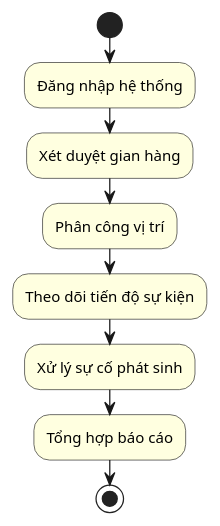
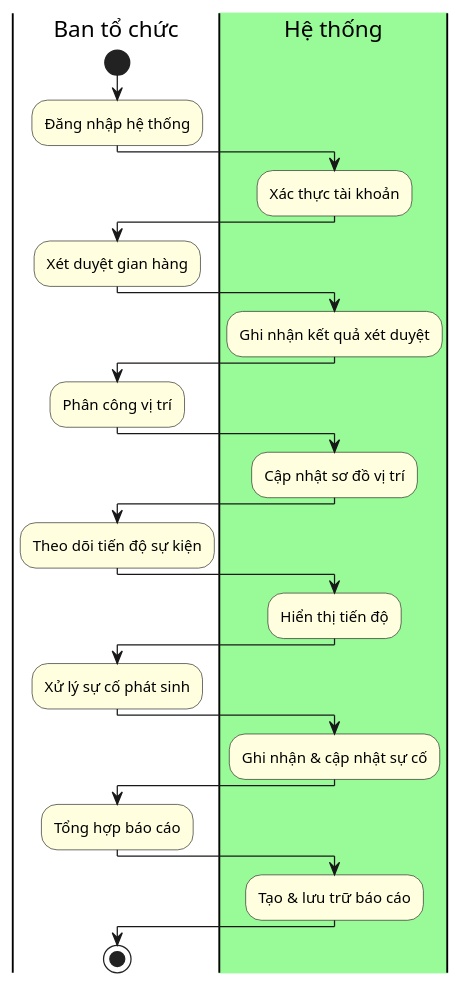
Before and after one commit to DavidSatoh/CNPM-school-food-festivals: diagram 13 of 14 in README.md, drawn with PlantUML. The commit also changed other lines of this file, not shown here.

````diff
--- a/README.md
+++ b/README.md
@@ -611,18 +660,35 @@
 ```plantuml
-@startuml "Quy trình của Ban tổ chức"
-
+@startuml
 skinparam activity {
     BackgroundColor LightYellow
 }
 
 |Ban tổ chức|
 start
 :Đăng nhập hệ thống;
+|#palegreen|Hệ thống|
+:Xác thực tài khoản;
+|Ban tổ chức|
 :Xét duyệt gian hàng;
+|Hệ thống|
+:Ghi nhận kết quả xét duyệt;
+|Ban tổ chức|
 :Phân công vị trí;
+|Hệ thống|
+:Cập nhật sơ đồ vị trí;
+|Ban tổ chức|
 :Theo dõi tiến độ sự kiện;
+|Hệ thống|
+:Hiển thị tiến độ;
+|Ban tổ chức|
 :Xử lý sự cố phát sinh;
+|Hệ thống|
+:Ghi nhận & cập nhật sự cố;
+|Ban tổ chức|
 :Tổng hợp báo cáo;
+|Hệ thống|
+:Tạo & lưu trữ báo cáo;
+|Ban tổ chức|
 stop
 @enduml
 ```
````
